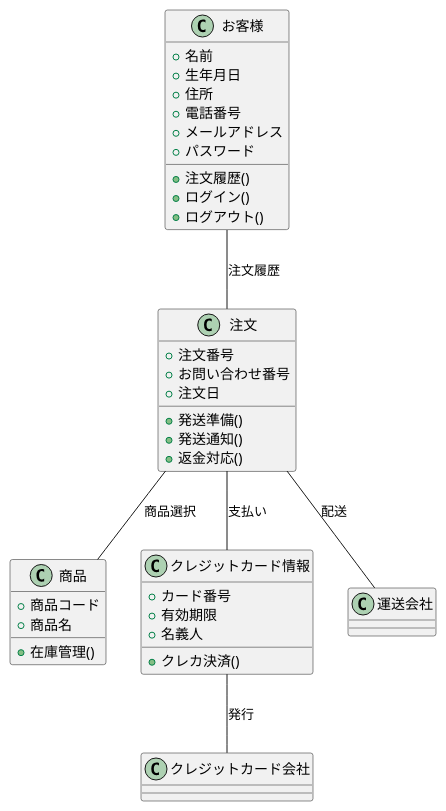
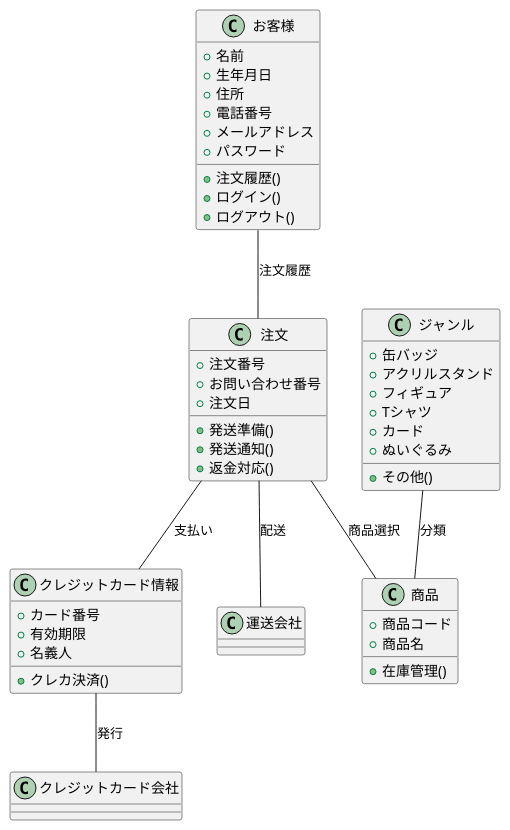
One commit to kTaiga1016/kouka changed the diagram in class.pu. Above: the diagram before and after it, drawn with PlantUML.

```diff
--- a/class.pu
+++ b/class.pu
@@ -1,51 +1,62 @@
 @startuml .BBショップ注文管理システム
 ' ドメインモデル
 
 class お客様 {
   +名前
   +生年月日
   +住所
   +電話番号
   +メールアドレス
   +パスワード
   +注文履歴()
   +ログイン()
   +ログアウト()
 }
 
 class 商品 {
   +商品コード
   +商品名
   +在庫管理()
 }
 
 class 注文 {
   +注文番号
   +お問い合わせ番号
   +注文日
   +発送準備()
   +発送通知()
   +返金対応()
 }
 
+class ジャンル {
+  +缶バッジ
+  +アクリルスタンド
+  +フィギュア
+  +Tシャツ
+  +カード
+  +ぬいぐるみ
+  +その他()
+}
+
 class クレジットカード情報 {
   +カード番号
   +有効期限
   +名義人
   +クレカ決済()
 }
 
 class 運送会社 {
 }
 
 class クレジットカード会社 {
 }
 
 ' 関係
 お客様 -- 注文 : 注文履歴
 注文 -- 商品 : 商品選択
 注文 -- クレジットカード情報 : 支払い
 注文 -- 運送会社 : 配送
 クレジットカード情報 -- クレジットカード会社 : 発行
+ジャンル -- 商品 : 分類
 
 @enduml
```
